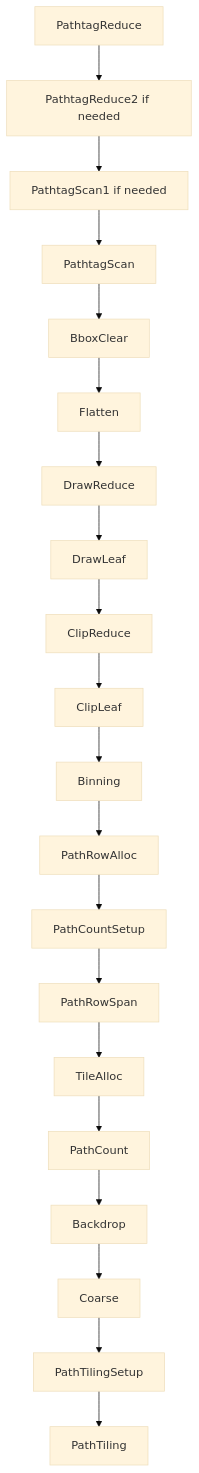
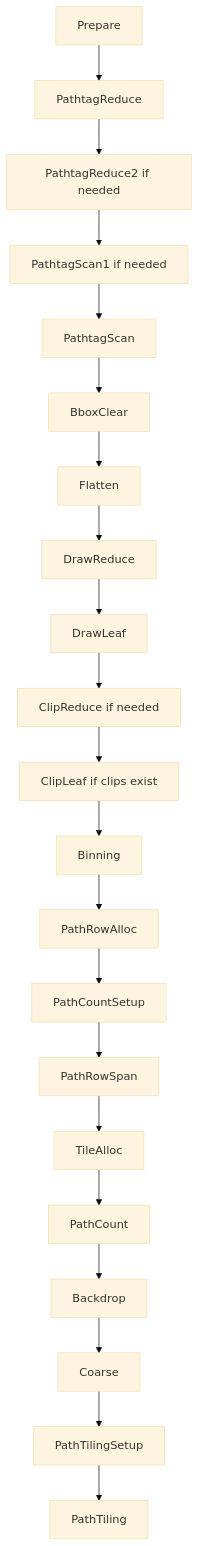
Before and after one commit to SixLabors/ImageSharp.Drawing: the fourth of 4 diagrams in src/ImageSharp.Drawing.WebGPU/WEBGPU_RASTERIZER.md, drawn with Mermaid (base theme). The commit also changed other lines of this file and 102 other files, not shown here.

````diff
--- a/src/ImageSharp.Drawing.WebGPU/WEBGPU_RASTERIZER.md
+++ b/src/ImageSharp.Drawing.WebGPU/WEBGPU_RASTERIZER.md
@@ -227,22 +250,23 @@
 ```mermaid
 flowchart TD
-    A[PathtagReduce] --> B[PathtagReduce2 if needed]
+    Z[Prepare] --> A[PathtagReduce]
+    A --> B[PathtagReduce2 if needed]
     B --> C[PathtagScan1 if needed]
     C --> D[PathtagScan]
     D --> E[BboxClear]
     E --> F[Flatten]
     F --> G[DrawReduce]
     G --> H[DrawLeaf]
-    H --> I[ClipReduce]
-    I --> J[ClipLeaf]
+    H --> I[ClipReduce if needed]
+    I --> J[ClipLeaf if clips exist]
     J --> K[Binning]
     K --> L[PathRowAlloc]
     L --> M[PathCountSetup]
     M --> N[PathRowSpan]
     N --> O[TileAlloc]
     O --> P[PathCount]
     P --> Q[Backdrop]
     Q --> R[Coarse]
     R --> S[PathTilingSetup]
     S --> T[PathTiling]
 ```
````
